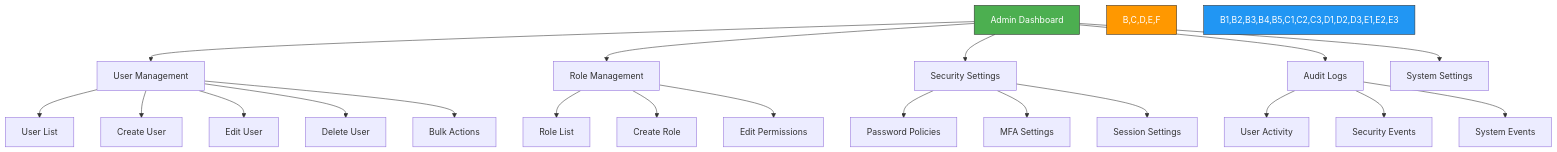
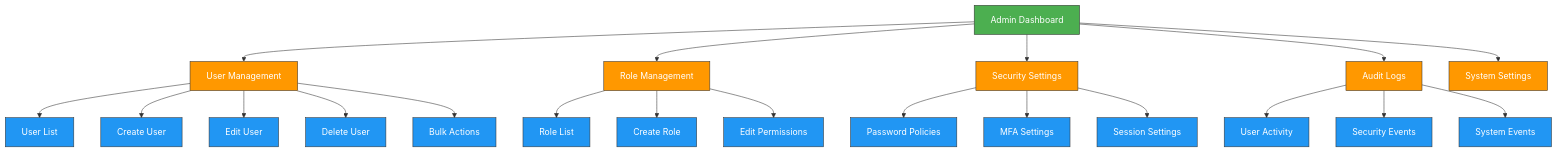
One commit to TuPhung369/Haaga_Backend_Programming changed the seventh of 8 diagrams in TuPhung_Docs/docs/backend/user-management.md. Above: the diagram before and after it, drawn with Mermaid. The commit also changed other lines of this file and 25 other files, not shown here.

````diff
--- a/TuPhung_Docs/docs/backend/user-management.md
+++ b/TuPhung_Docs/docs/backend/user-management.md
@@ -301,30 +309,34 @@
 ```mermaid
 flowchart TD
     A[Admin Dashboard] --> B[User Management]
     A --> C[Role Management]
     A --> D[Security Settings]
     A --> E[Audit Logs]
     A --> F[System Settings]
     
     B --> B1[User List]
     B --> B2[Create User]
     B --> B3[Edit User]
     B --> B4[Delete User]
     B --> B5[Bulk Actions]
     
     C --> C1[Role List]
     C --> C2[Create Role]
     C --> C3[Edit Permissions]
     
     D --> D1[Password Policies]
     D --> D2[MFA Settings]
     D --> D3[Session Settings]
     
     E --> E1[User Activity]
     E --> E2[Security Events]
     E --> E3[System Events]
     
-    style A fill:#4CAF50,stroke:#333,stroke-width:1px,color:#fff
-    style B,C,D,E,F fill:#FF9800,stroke:#333,stroke-width:1px,color:#fff
-    style B1,B2,B3,B4,B5,C1,C2,C3,D1,D2,D3,E1,E2,E3 fill:#2196F3,stroke:#333,stroke-width:1px,color:#fff
+    classDef dashboard fill:#4CAF50,stroke:#333,stroke-width:1px,color:#fff
+    classDef mainSections fill:#FF9800,stroke:#333,stroke-width:1px,color:#fff
+    classDef subSections fill:#2196F3,stroke:#333,stroke-width:1px,color:#fff
+    
+    class A dashboard
+    class B,C,D,E,F mainSections
+    class B1,B2,B3,B4,B5,C1,C2,C3,D1,D2,D3,E1,E2,E3 subSections
 ```
````
